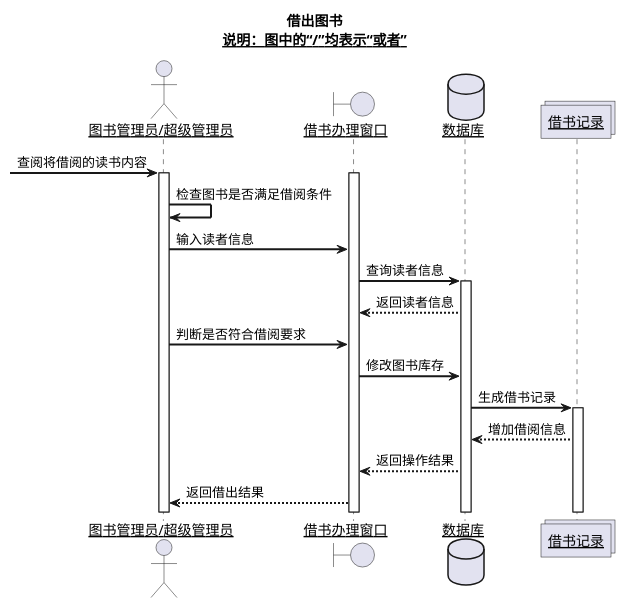
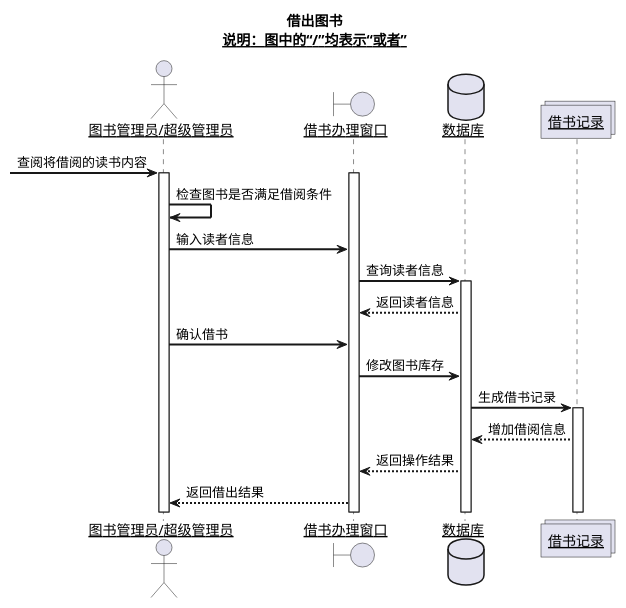
The diagram in test4/sequence3.md (Landy7/is_analysis), drawn with PlantUML before and after one commit. The commit also changed 8 other files, not shown here.

```diff
--- a/test4/sequence3.md
+++ b/test4/sequence3.md
@@ -1,29 +1,29 @@
 @startuml
 title
  借出图书
  <u>说明：图中的“/”均表示“或者”</u>
 end title
 skinparam sequenceArrowThickness 2
 skinparam maxmessagesize 60
 skinparam sequenceParticipant underline
 actor "图书管理员/超级管理员" as U
 boundary "借书办理窗口   " as A
 database "数据库" as B
 collections "借书记录" as C
 -> U:查阅将借阅的读书内容
 activate U
 activate A
 U ->U:检查图书是否满足借阅条件
 U ->A:输入读者信息
 A ->B:查询读者信息
 activate B
 B -->A:返回读者信息
-U ->A:判断是否符合借阅要求
+U ->A:确认借书
 A ->B:修改图书库存
 B ->C:生成借书记录
 activate C
 C -->B:增加借阅信息
 B -->A:返回操作结果
 A -->U:返回借出结果
 
 @enduml
```
